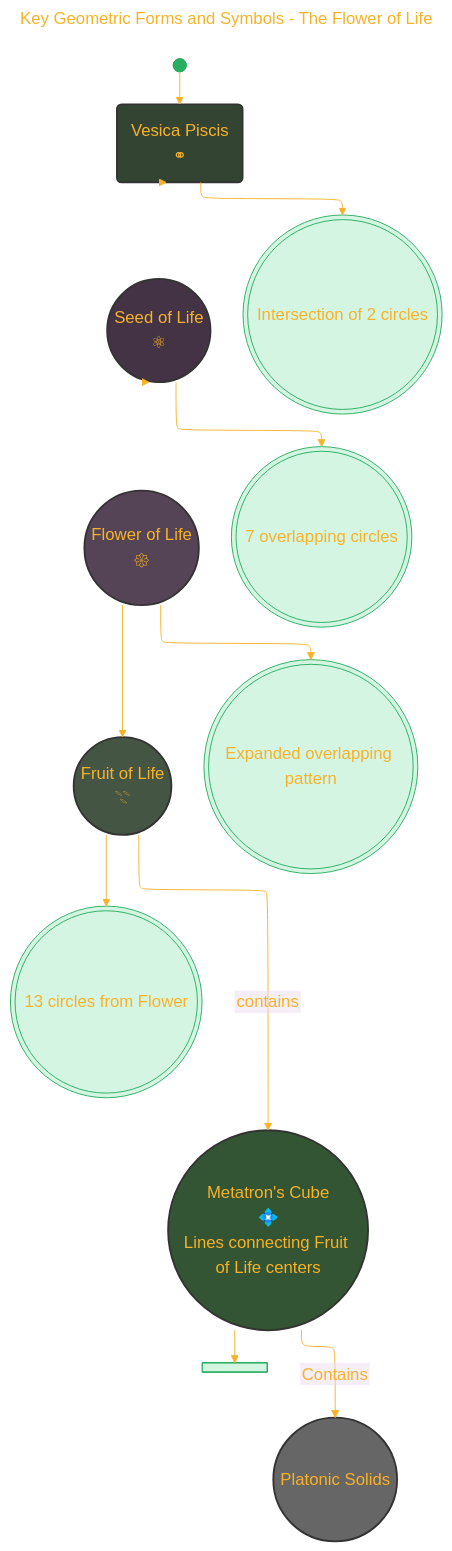
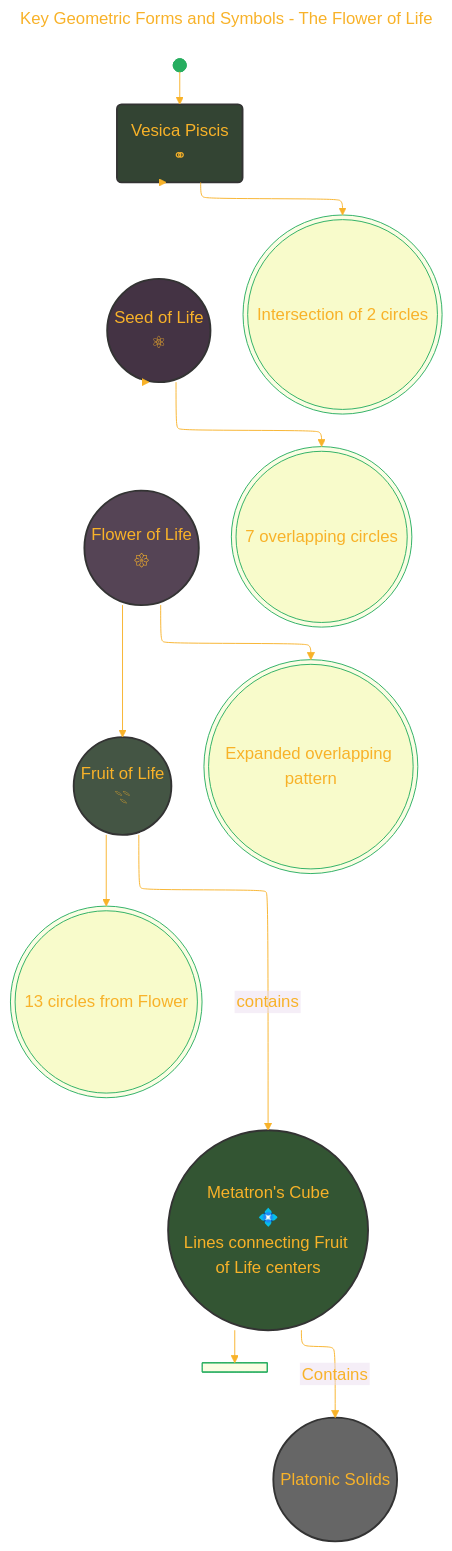
Before and after one commit to CongLeSolutionX/Harmonic_Atomica: the fourth of 6 diagrams in Understanding_Sacred_Geometry.md, drawn with Mermaid. The commit also changed other lines of this file, not shown here.

````diff
--- a/Understanding_Sacred_Geometry.md
+++ b/Understanding_Sacred_Geometry.md
@@ -256,71 +256,71 @@
 ```mermaid
 ---
 title: "Key Geometric Forms and Symbols - The Flower of Life"
 author: "Cong Le"
 version: "1.0"
 license(s): "MIT, CC BY 4.0"
 copyright: "Copyright (c) 2025 Cong Le. All Rights Reserved."
 config:
   layout: elk
   theme: base
 ---
 %%%%%%%% Mermaid version v11.4.1-b.14
 %%%%%%%% Available curve styles include the following keywords:
 %% basis, bumpX, bumpY, cardinal, catmullRom, linear, monotoneX, monotoneY, natural, step, stepAfter, stepBefore.
 %%{
   init: {
     'flowchart': { 'htmlLabels': false, 'curve': 'basis' },
     'fontFamily': 'Luminari',
     'themeVariables': {
-      'primaryColor': '#D5F5E3',
+      'primaryColor': '#DE32',
       'primaryTextColor': '#F8B229',
       'lineColor': '#F8B229',
       'primaryBorderColor': '#27AE60',
       'secondaryColor': '#EBDEF0',
       'secondaryTextColor': '#6C3483',
       'secondaryBorderColor': '#A569BD',
       'fontSize': '18px'
     }
   }
 }%%
 flowchart TD
 	A_0@{ shape: f-circ, label: "The Initial Beginning" }
     A("Vesica Piscis<br/>⚭")
     B(("Seed of Life<br/>⚛"))
     C(("Flower of Life<br/>𑁍"))
     D(("Fruit of Life<br/>𓇢"))
     E(("Metatron's Cube<br/>💠<br/>Lines connecting Fruit of Life centers"))
     F(("Platonic Solids"))
 
 	A_0 --> A
 	A --> B
 	A --> A_Expansion
 	A_Expansion@{ shape: dbl-circ, label: "Intersection of 2 circles" }
 
 	B --> B_Expansion
 	B_Expansion@{ shape: dbl-circ, label: "7 overlapping circles" }
 	
     B --> C
 
 	C --> C_Expansion
 	C_Expansion@{ shape: dbl-circ, label: "Expanded overlapping pattern" }
     
     C --> D
 	D --> D_Expansion
 	D_Expansion@{ shape: dbl-circ, label: "13 circles from Flower" }
 	
     D -- contains --> E
 
 	E --> E_Expansion
 	E_Expansion@{ shape: fork, label: "Lines connecting Fruit of Life centers" }
 
     E -- Contains --> F
 
     style A fill:#343,stroke:#333,stroke-width:2px
     style B fill:#434,stroke:#333,stroke-width:2px
     style C fill:#545,stroke:#333,stroke-width:2px
     style D fill:#454,stroke:#333,stroke-width:2px
     style E fill:#353,stroke:#333,stroke-width:2px
     style F fill:#666,stroke:#333,stroke-width:2px
     
 ```
````
